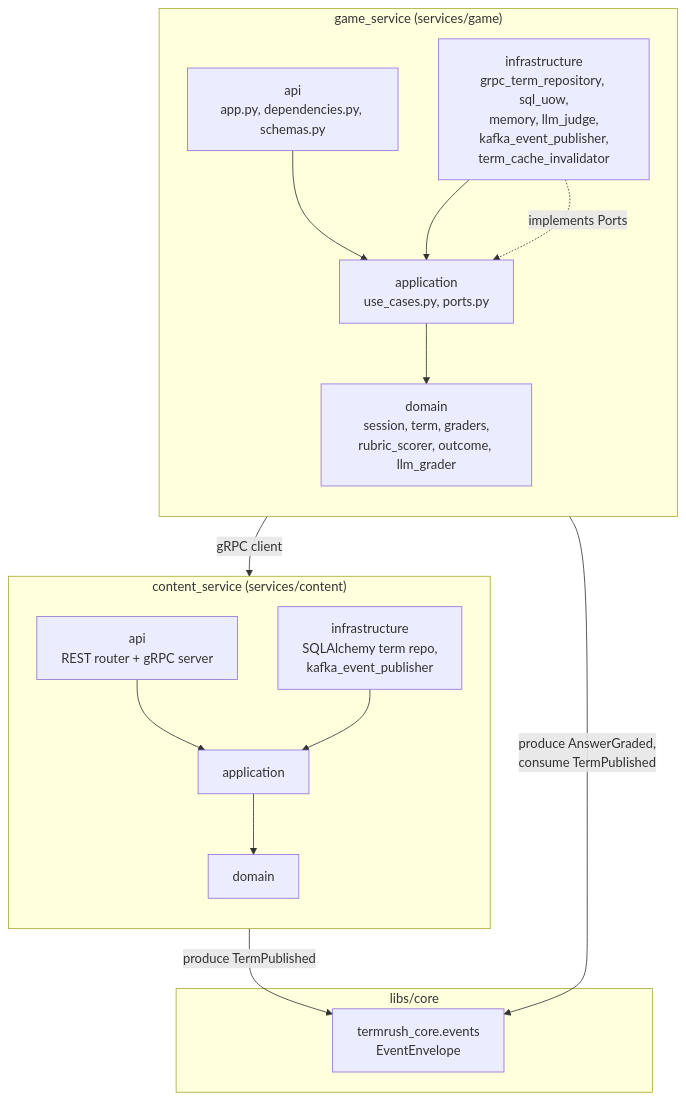
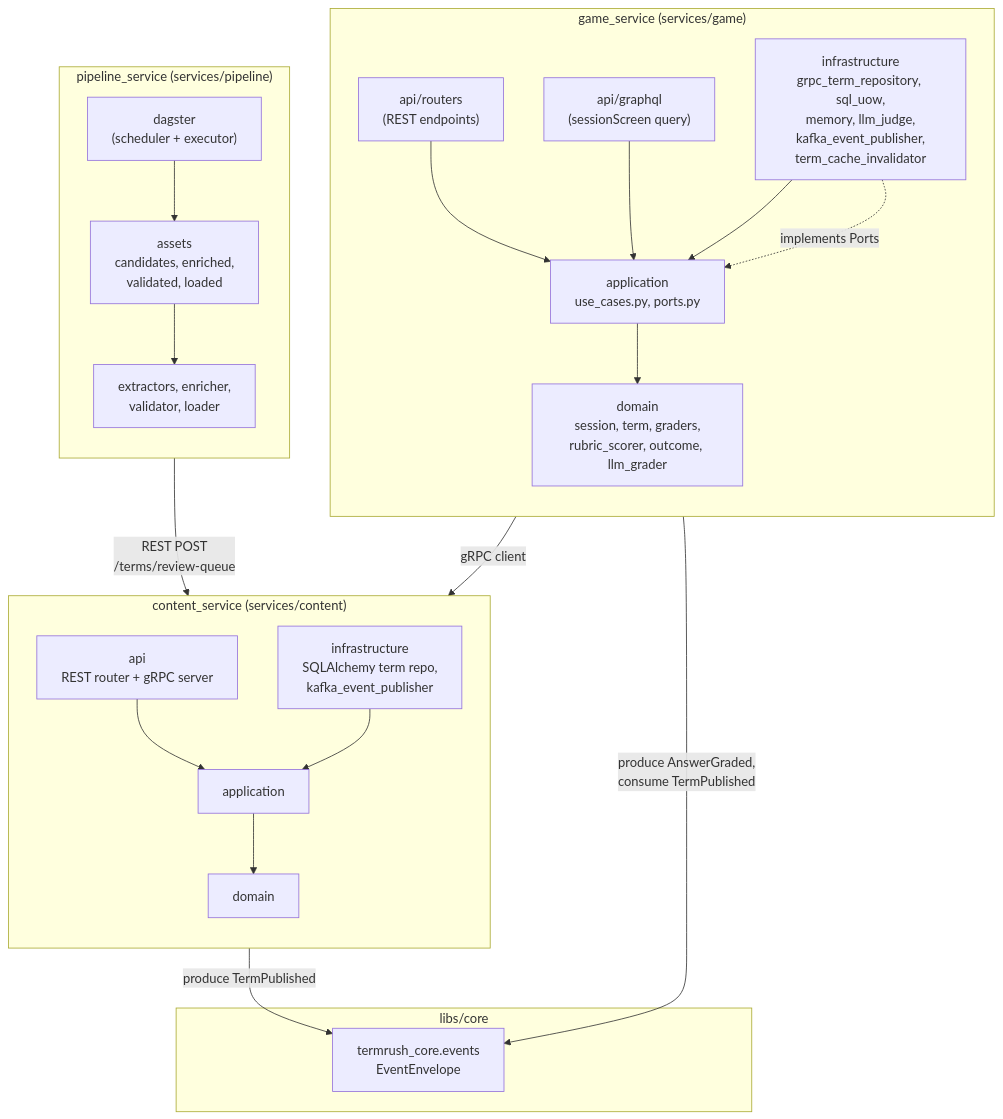
One commit to ivanprytula/term-rush changed the third of 5 diagrams in docs/architecture-diagrams.md. Above: the diagram before and after it, drawn with Mermaid. The commit also changed other lines of this file and 4 other files, not shown here.

````diff
--- a/docs/architecture-diagrams.md
+++ b/docs/architecture-diagrams.md
@@ -74,35 +212,48 @@
 ```mermaid
 graph TD
     subgraph "game_service (services/game)"
         direction TB
-        g_api["api<br/>app.py, dependencies.py, schemas.py"]
+        g_rest["api/routers<br/>(REST endpoints)"]
+        g_graphql["api/graphql<br/>(sessionScreen query)"]
         g_app["application<br/>use_cases.py, ports.py"]
         g_dom["domain<br/>session, term, graders,<br/>rubric_scorer, outcome, llm_grader"]
         g_infra["infrastructure<br/>grpc_term_repository, sql_uow,<br/>memory, llm_judge,<br/>kafka_event_publisher,<br/>term_cache_invalidator"]
 
-        g_api --> g_app
+        g_rest --> g_app
+        g_graphql --> g_app
         g_app --> g_dom
         g_infra --> g_app
         g_infra -.implements Ports.-> g_app
     end
 
     subgraph "content_service (services/content)"
         direction TB
         c_api["api<br/>REST router + gRPC server"]
         c_app["application"]
         c_dom["domain"]
         c_infra["infrastructure<br/>SQLAlchemy term repo,<br/>kafka_event_publisher"]
 
         c_api --> c_app
         c_app --> c_dom
         c_infra --> c_app
     end
 
+    subgraph "pipeline_service (services/pipeline)"
+        direction TB
+        p_dagster["dagster<br/>(scheduler + executor)"]
+        p_assets["assets<br/>candidates, enriched,<br/>validated, loaded"]
+        p_domain["extractors, enricher,<br/>validator, loader"]
+
+        p_dagster --> p_assets
+        p_assets --> p_domain
+    end
+
     subgraph "libs/core"
         events["termrush_core.events<br/>EventEnvelope"]
     end
 
     g_infra -->|gRPC client| c_api
     g_infra -->|produce AnswerGraded,<br/>consume TermPublished| events
     c_infra -->|produce TermPublished| events
+    p_domain -->|REST POST<br/>/terms/review-queue| c_api
 ```
````
